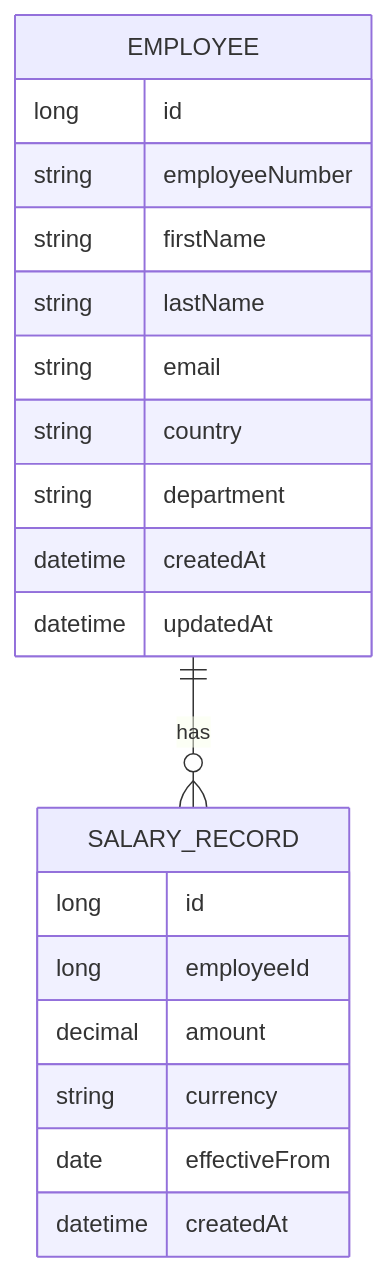
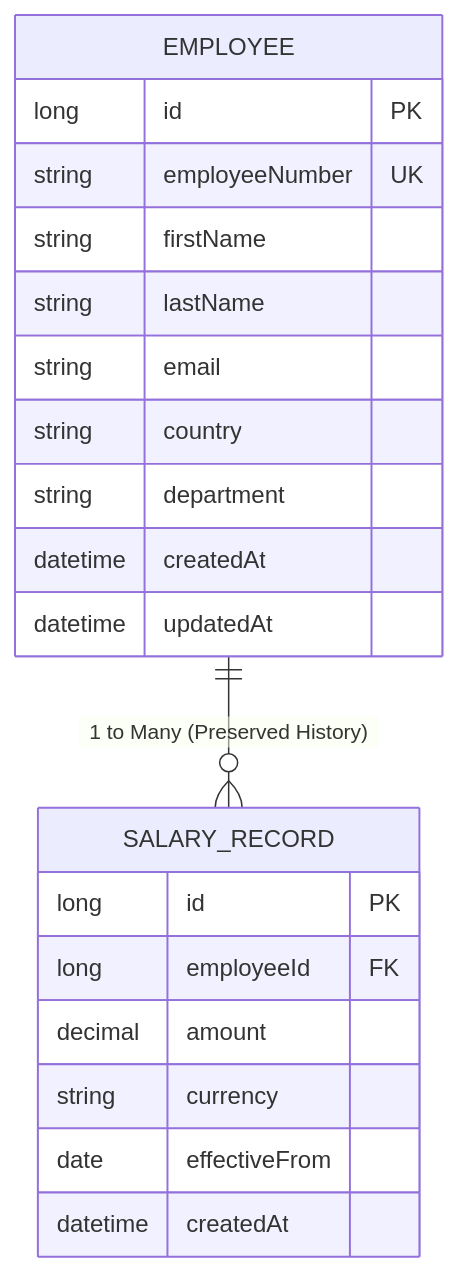
The diagram in docs/domain-model.md (aakash1803/salary-management-system), drawn with Mermaid before and after one commit. The commit also changed other lines of this file and 5 other files, not shown here.

````diff
--- a/docs/domain-model.md
+++ b/docs/domain-model.md
@@ -78,25 +36,25 @@
 ```mermaid
 erDiagram
-    EMPLOYEE ||--o{ SALARY_RECORD : has
+    EMPLOYEE ||--o{ SALARY_RECORD : "1 to Many (Preserved History)"
 
     EMPLOYEE {
-        long id
-        string employeeNumber
+        long id PK
+        string employeeNumber UK
         string firstName
         string lastName
         string email
         string country
         string department
         datetime createdAt
         datetime updatedAt
     }
 
     SALARY_RECORD {
-        long id
-        long employeeId
+        long id PK
+        long employeeId FK
         decimal amount
         string currency
         date effectiveFrom
         datetime createdAt
     }
 ```
````
